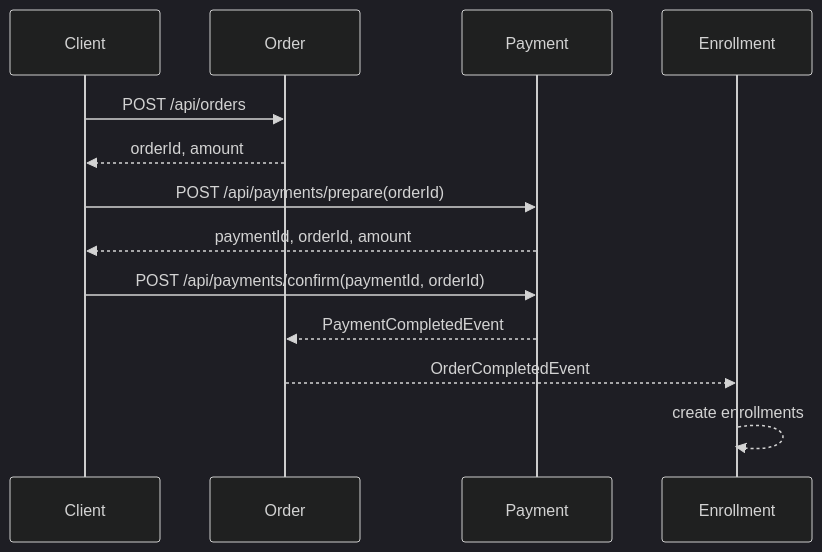
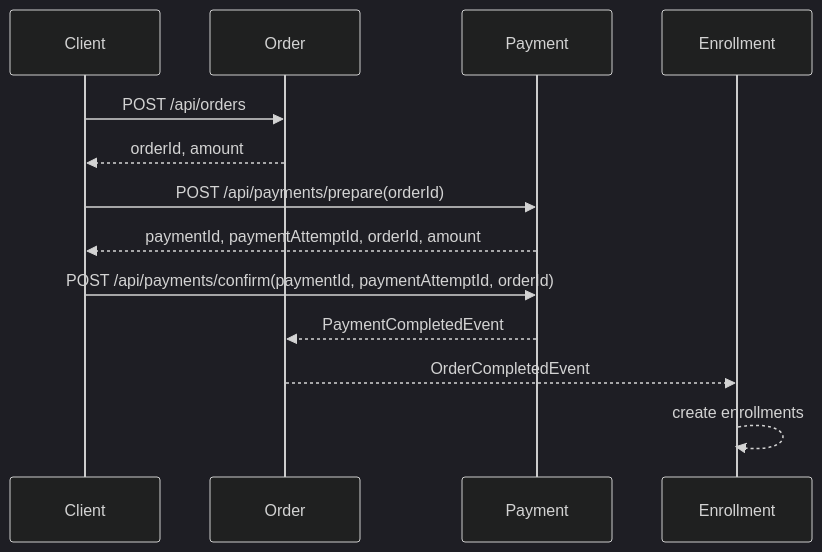
The diagram in docs/architecture/purchase-flow.md (dawwson/lernix-server), drawn with Mermaid (dark theme) before and after one commit. The commit also changed other lines of this file and 12 other files, not shown here.

Commit message:
feat(payment): Payment와 PaymentAttempt API 식별자를 분리

````diff
--- a/docs/architecture/purchase-flow.md
+++ b/docs/architecture/purchase-flow.md
@@ -16,16 +16,16 @@
 ```mermaid
 sequenceDiagram
     participant Client
     participant Order
     participant Payment
     participant Enrollment
 
     Client->>Order: POST /api/orders
     Order-->>Client: orderId, amount
     Client->>Payment: POST /api/payments/prepare(orderId)
-    Payment-->>Client: paymentId, orderId, amount
-    Client->>Payment: POST /api/payments/confirm(paymentId, orderId)
+    Payment-->>Client: paymentId, paymentAttemptId, orderId, amount
+    Client->>Payment: POST /api/payments/confirm(paymentId, paymentAttemptId, orderId)
     Payment-->>Order: PaymentCompletedEvent
     Order-->>Enrollment: OrderCompletedEvent
     Enrollment-->>Enrollment: create enrollments
 ```
````
